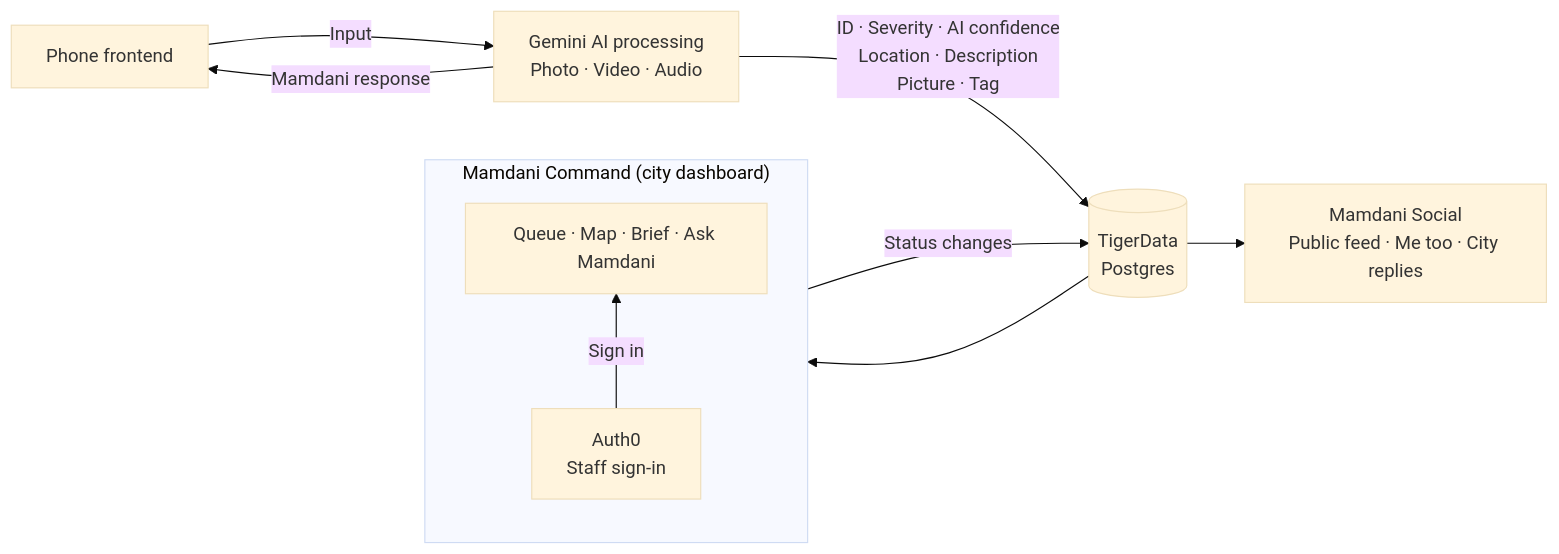
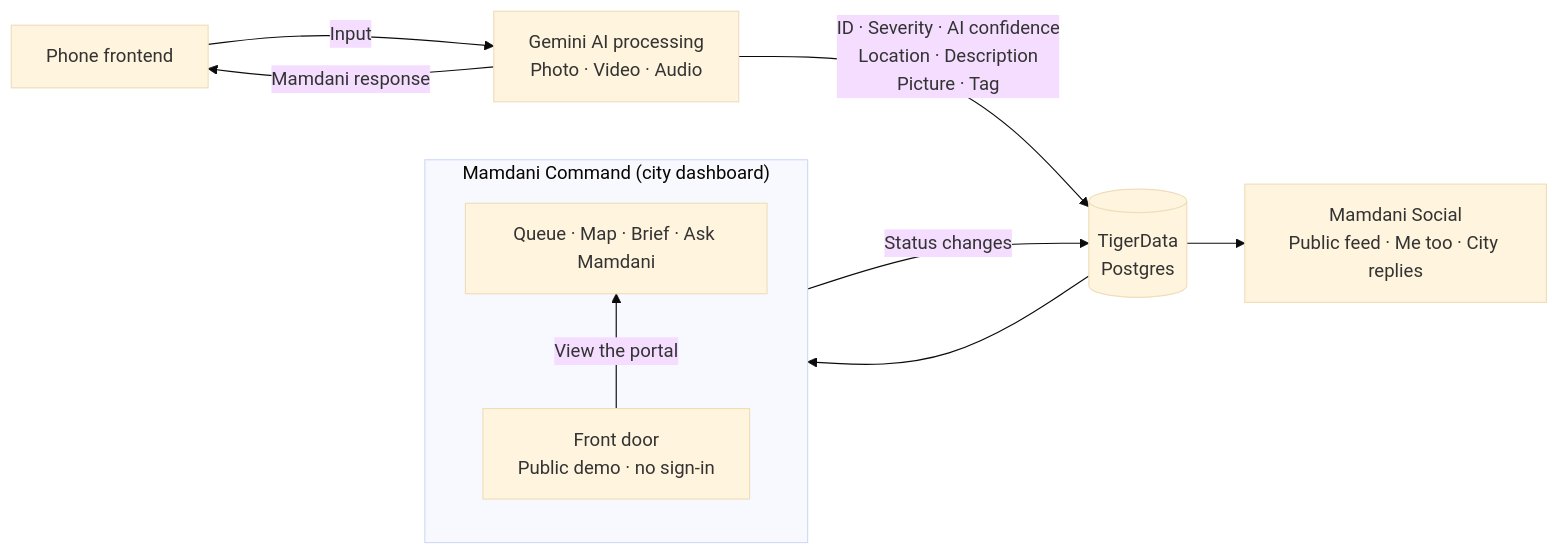
The diagram in README.md (omaribrahim6/mamdani), drawn with Mermaid (base theme) before and after one commit. The commit also changed other lines of this file and 9 other files, not shown here.

First line of the commit message:
feat(dashboard): open the portal read-only, drop Auth0

````diff
--- a/README.md
+++ b/README.md
@@ -61,20 +61,20 @@
 ```mermaid
 flowchart LR
     Phone["Phone frontend"]
     AI["Gemini AI processing<br/>Photo · Video · Audio"]
     DB[("TigerData<br/>Postgres")]
 
     Social["Mamdani Social<br/>Public feed · Me too · City replies"]
 
     subgraph Government["Mamdani Command (city dashboard)"]
         direction BT
-        Auth["Auth0<br/>Staff sign-in"] -->|Sign in| Dashboard["Queue · Map · Brief · Ask Mamdani"]
+        Front["Front door<br/>Public demo · no sign-in"] -->|View the portal| Dashboard["Queue · Map · Brief · Ask Mamdani"]
     end
 
     Phone -->|Input| AI
     AI -->|Mamdani response| Phone
     AI -->|"ID · Severity · AI confidence<br/>Location · Description<br/>Picture · Tag"| DB
     DB --> Government
     DB --> Social
     Government -->|Status changes| DB
 ```
````
